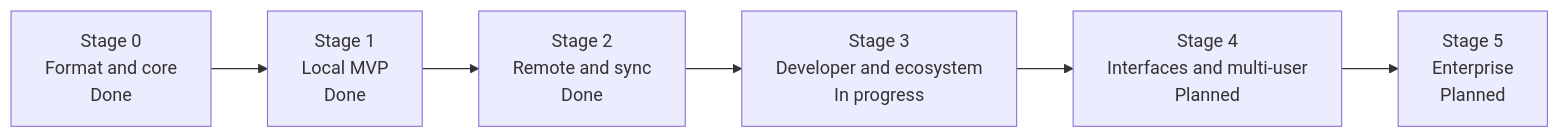
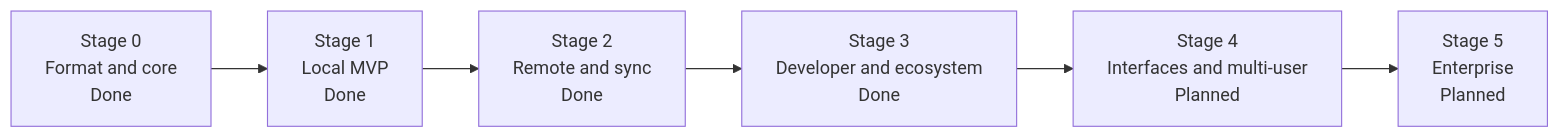
Before and after one commit to efe-clk/apeiron: the diagram in docs/ROADMAP.md, drawn with Mermaid. The commit also changed other lines of this file and 30 other files, not shown here.

````diff
--- a/docs/ROADMAP.md
+++ b/docs/ROADMAP.md
@@ -11,10 +11,10 @@
 ```mermaid
 flowchart LR
     S0["Stage 0<br/>Format and core<br/>Done"]
     S1["Stage 1<br/>Local MVP<br/>Done"]
     S2["Stage 2<br/>Remote and sync<br/>Done"]
-    S3["Stage 3<br/>Developer and ecosystem<br/>In progress"]
+    S3["Stage 3<br/>Developer and ecosystem<br/>Done"]
     S4["Stage 4<br/>Interfaces and multi-user<br/>Planned"]
     S5["Stage 5<br/>Enterprise<br/>Planned"]
     S0 --> S1 --> S2 --> S3 --> S4 --> S5
 ```
````
